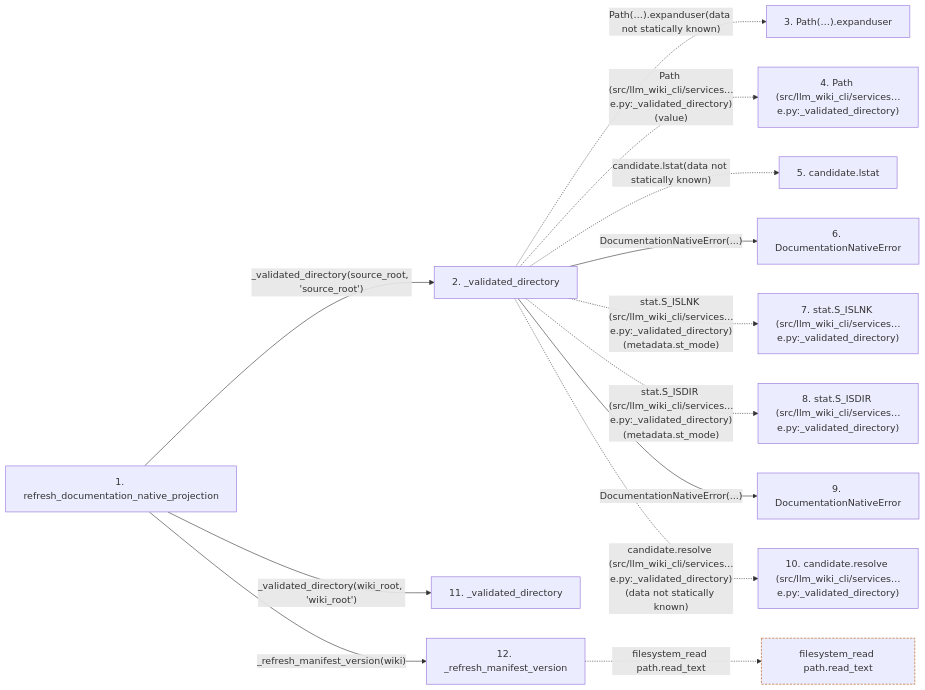
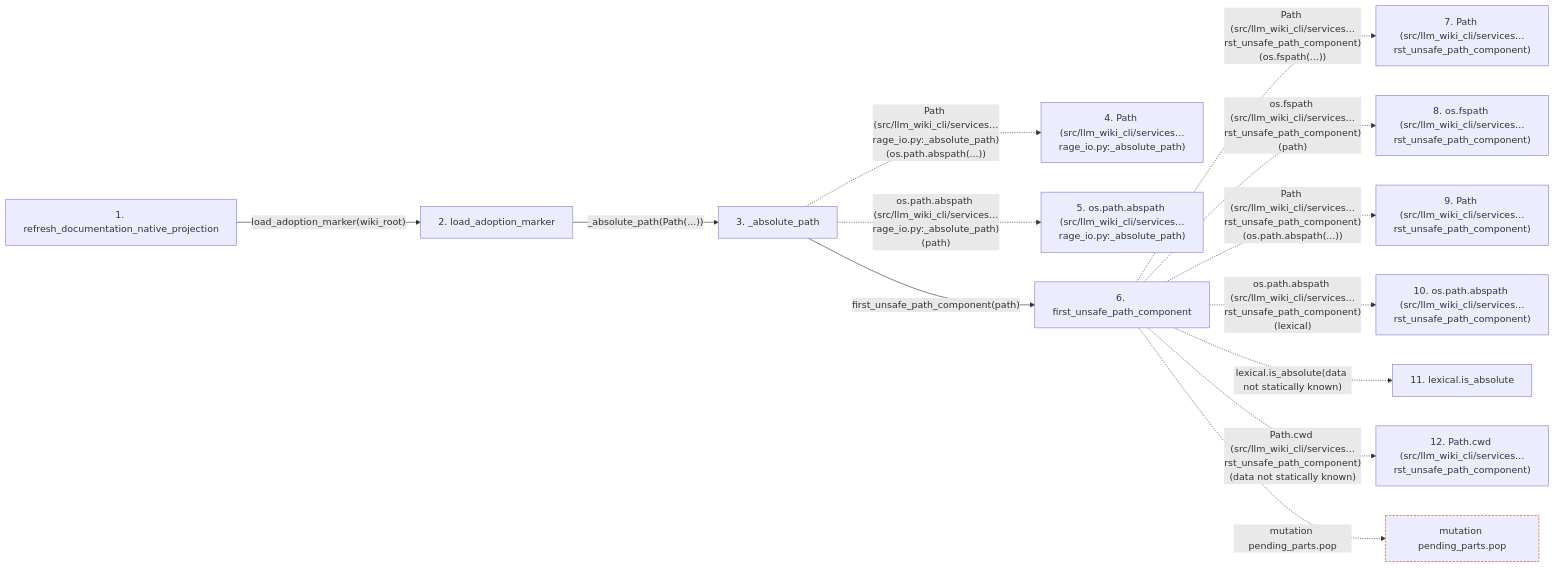
Before and after one commit to Denissvgn/python-wiki-llm: the second of 2 diagrams in docs/llm_wiki/flows/api-refresh_documentation_native_projection.md, drawn with Mermaid. The commit also changed other lines of this file and 1410 other files, not shown here.

First line of the commit message:
Add source-grounded task guides and re-anchor the maintained wiki

````diff
--- a/docs/llm_wiki/flows/api-refresh_documentation_native_projection.md
+++ b/docs/llm_wiki/flows/api-refresh_documentation_native_projection.md
@@ -140,36 +163,34 @@
 ```mermaid
 flowchart LR
     s1["1. refresh_documentation_native_projection"]
-    s2["2. _validated_directory"]
-    s3["3. Path(…).expanduser"]
-    s4["4. Path (src/llm_wiki_cli/services…e.py:_validated_directory)"]
-    s5["5. candidate.lstat"]
-    s6["6. DocumentationNativeError"]
-    s7["7. stat.S_ISLNK (src/llm_wiki_cli/services…e.py:_validated_directory)"]
-    s8["8. stat.S_ISDIR (src/llm_wiki_cli/services…e.py:_validated_directory)"]
-    s9["9. DocumentationNativeError"]
-    s10["10. candidate.resolve (src/llm_wiki_cli/services…e.py:_validated_directory)"]
-    s11["11. _validated_directory"]
-    s12["12. _refresh_manifest_version"]
-    s1 -->|"_validated_directory(source_root, 'source_root')"| s2
-    s2 -. "Path(…).expanduser(data not statically known)" .-> s3
-    s2 -. "Path (src/llm_wiki_cli/services…e.py:_validated_directory)(value)" .-> s4
-    s2 -. "candidate.lstat(data not statically known)" .-> s5
-    s2 -->|"DocumentationNativeError(...)"| s6
-    s2 -. "stat.S_ISLNK (src/llm_wiki_cli/services…e.py:_validated_directory)(metadata.st_mode)" .-> s7
-    s2 -. "stat.S_ISDIR (src/llm_wiki_cli/services…e.py:_validated_directory)(metadata.st_mode)" .-> s8
-    s2 -->|"DocumentationNativeError(...)"| s9
-    s2 -. "candidate.resolve (src/llm_wiki_cli/services…e.py:_validated_directory)(data not statically known)" .-> s10
-    s1 -->|"_validated_directory(wiki_root, 'wiki_root')"| s11
-    s1 -->|"_refresh_manifest_version(wiki)"| s12
-    b0["filesystem_read path.read_text"]
-    s12 -. "filesystem_read path.read_text" .-> b0
+    s2["2. load_adoption_marker"]
+    s3["3. _absolute_path"]
+    s4["4. Path (src/llm_wiki_cli/services…rage_io.py:_absolute_path)"]
+    s5["5. os.path.abspath (src/llm_wiki_cli/services…rage_io.py:_absolute_path)"]
+    s6["6. first_unsafe_path_component"]
+    s7["7. Path (src/llm_wiki_cli/services…rst_unsafe_path_component)"]
+    s8["8. os.fspath (src/llm_wiki_cli/services…rst_unsafe_path_component)"]
+    s9["9. Path (src/llm_wiki_cli/services…rst_unsafe_path_component)"]
+    s10["10. os.path.abspath (src/llm_wiki_cli/services…rst_unsafe_path_component)"]
+    s11["11. lexical.is_absolute"]
+    s12["12. Path.cwd (src/llm_wiki_cli/services…rst_unsafe_path_component)"]
+    s1 -->|"load_adoption_marker(wiki_root)"| s2
+    s2 -->|"_absolute_path(Path(...))"| s3
+    s3 -. "Path (src/llm_wiki_cli/services…rage_io.py:_absolute_path)(os.path.abspath(...))" .-> s4
+    s3 -. "os.path.abspath (src/llm_wiki_cli/services…rage_io.py:_absolute_path)(path)" .-> s5
+    s3 -->|"first_unsafe_path_component(path)"| s6
+    s6 -. "Path (src/llm_wiki_cli/services…rst_unsafe_path_component)(os.fspath(...))" .-> s7
+    s6 -. "os.fspath (src/llm_wiki_cli/services…rst_unsafe_path_component)(path)" .-> s8
+    s6 -. "Path (src/llm_wiki_cli/services…rst_unsafe_path_component)(os.path.abspath(...))" .-> s9
+    s6 -. "os.path.abspath (src/llm_wiki_cli/services…rst_unsafe_path_component)(lexical)" .-> s10
+    s6 -. "lexical.is_absolute(data not statically known)" .-> s11
+    s6 -. "Path.cwd (src/llm_wiki_cli/services…rst_unsafe_path_component)(data not statically known)" .-> s12
+    b0["mutation pending_parts.pop"]
+    s6 -. "mutation pending_parts.pop" .-> b0
     click s1 "../modules/documentation_native.md"
-    click s2 "../modules/documentation_native.md"
-    click s6 "../modules/documentation_native.md"
-    click s9 "../modules/documentation_native.md"
-    click s11 "../modules/documentation_native.md"
-    click s12 "../modules/documentation_native.md"
+    click s2 "../modules/maintenance_protocol.md"
+    click s3 "../modules/knowledge_storage_io.md"
+    click s6 "../modules/io.md"
     classDef boundary stroke:#b45309,stroke-dasharray: 4 2
     class b0 boundary
 ```
````
